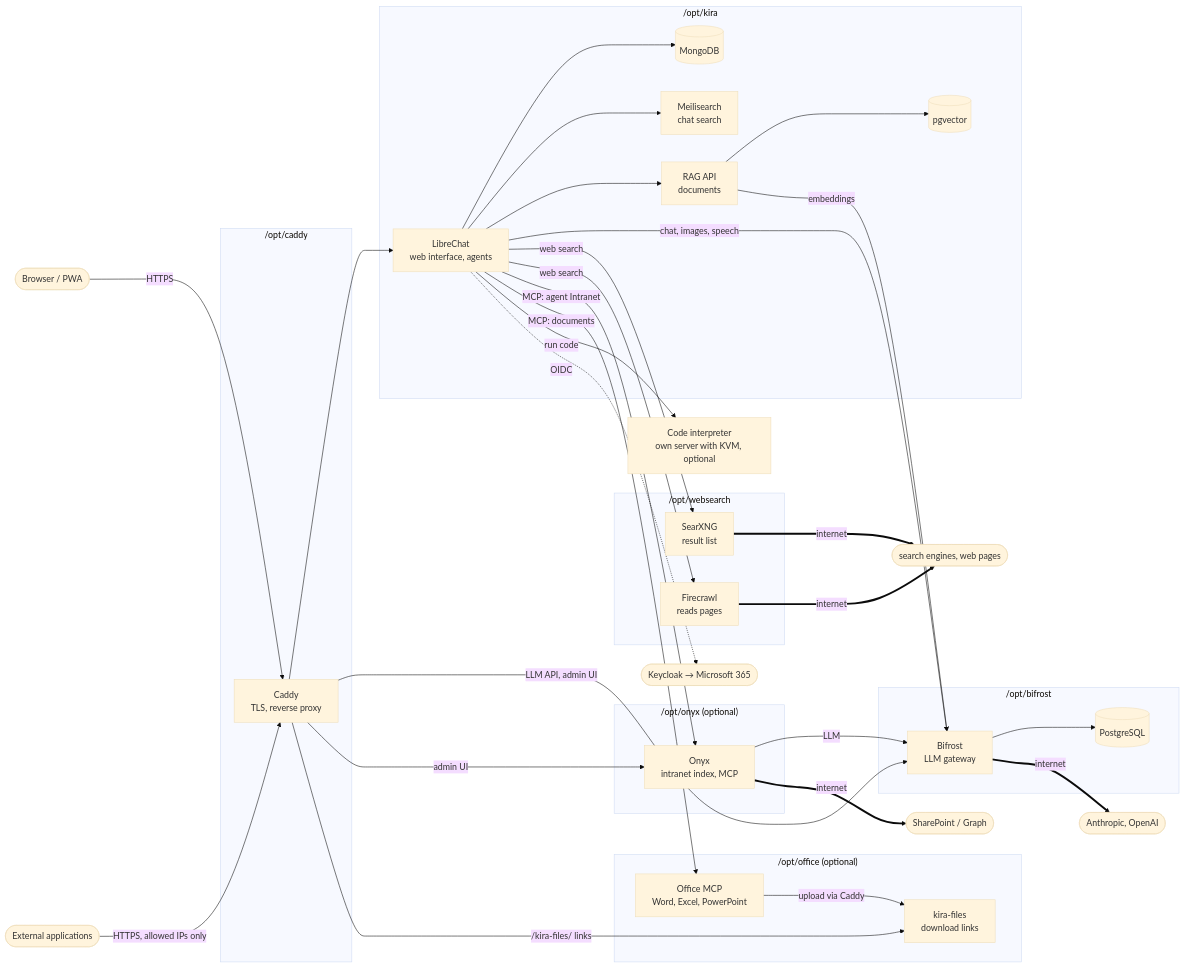
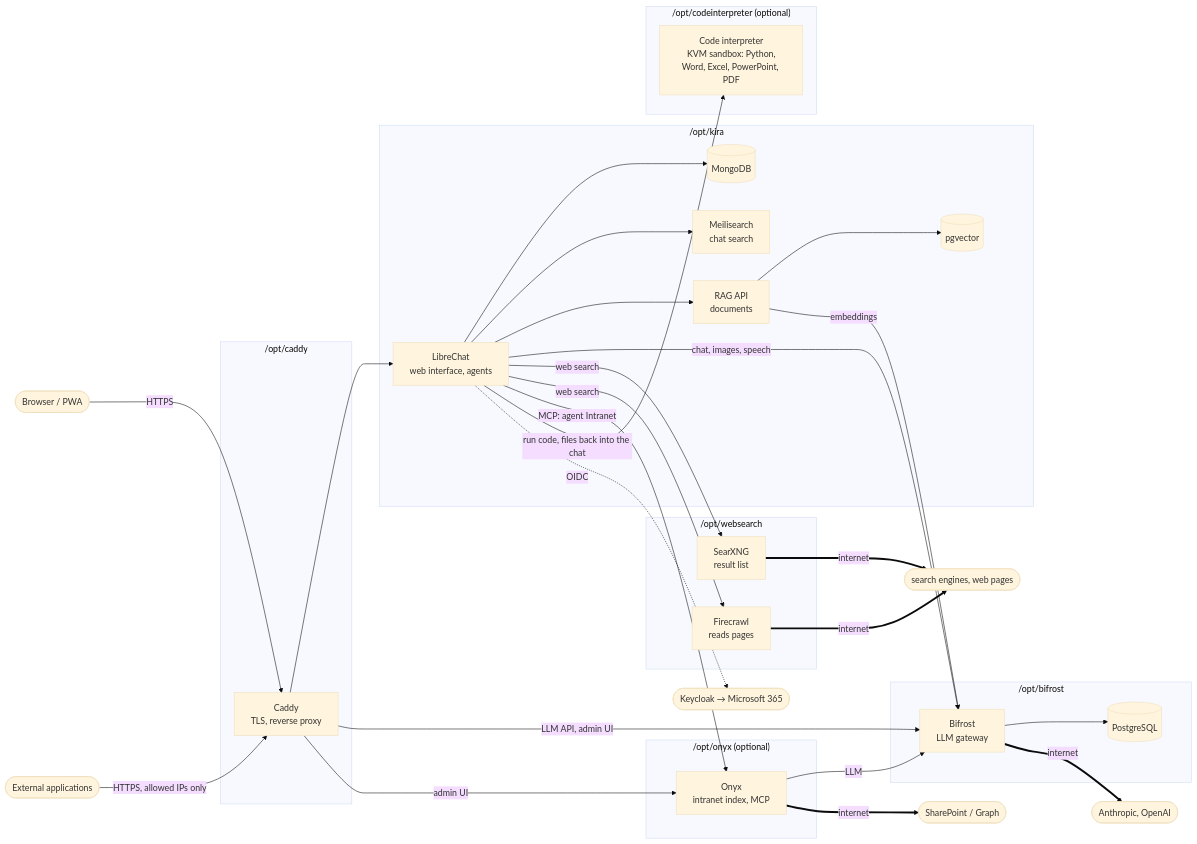
One commit to mrprohl/KIRA changed the diagram in kira/README.md. Above: the diagram before and after it, drawn with Mermaid (base theme). The commit also changed other lines of this file and 33 other files, not shown here.

First line of the commit message:
Code interpreter as a local stack; documents directly in the chat

````diff
--- a/kira/README.md
+++ b/kira/README.md
@@ -12,58 +12,52 @@
 ```mermaid
 flowchart LR
   U([Browser / PWA]) -->|HTTPS| C
   EXT([External applications]) -->|HTTPS, allowed IPs only| C
 
   subgraph caddy["/opt/caddy"]
     C[Caddy<br/>TLS, reverse proxy]
   end
 
   subgraph kira["/opt/kira"]
     LC[LibreChat<br/>web interface, agents]
     MO[(MongoDB)]
     ME[Meilisearch<br/>chat search]
     RAG[RAG API<br/>documents]
     VDB[(pgvector)]
   end
 
   subgraph bifrost["/opt/bifrost"]
     BF[Bifrost<br/>LLM gateway]
     BDB[(PostgreSQL)]
   end
 
   subgraph websearch["/opt/websearch"]
     SX[SearXNG<br/>result list]
     FC[Firecrawl<br/>reads pages]
   end
 
   subgraph onyx["/opt/onyx (optional)"]
     OX[Onyx<br/>intranet index, MCP]
   end
 
-  subgraph office["/opt/office (optional)"]
-    OM[Office MCP<br/>Word, Excel, PowerPoint]
-    OF[kira-files<br/>download links]
+  subgraph codei["/opt/codeinterpreter (optional)"]
+    CI[Code interpreter<br/>KVM sandbox: Python,<br/>Word, Excel, PowerPoint, PDF]
   end
-
-  CI[Code interpreter<br/>own server with KVM, optional]
 
   C --> LC
   C -->|LLM API, admin UI| BF
   C -->|admin UI| OX
   LC --> MO & ME & RAG
   RAG --> VDB
   LC -->|chat, images, speech| BF
   RAG -->|embeddings| BF
   LC -->|web search| SX & FC
   LC -->|MCP: agent Intranet| OX
   OX -->|LLM| BF
-  LC -->|MCP: documents| OM
-  OM -->|upload via Caddy| OF
-  C -->|/kira-files/ links| OF
-  LC -->|run code| CI
+  LC -->|run code, files back into the chat| CI
   BF --> BDB
   LC -.->|OIDC| KC([Keycloak → Microsoft 365])
   BF ==>|internet| AI([Anthropic, OpenAI])
   SX & FC ==>|internet| WEB([search engines, web pages])
   OX ==>|internet| SP([SharePoint / Graph])
 ```
````
